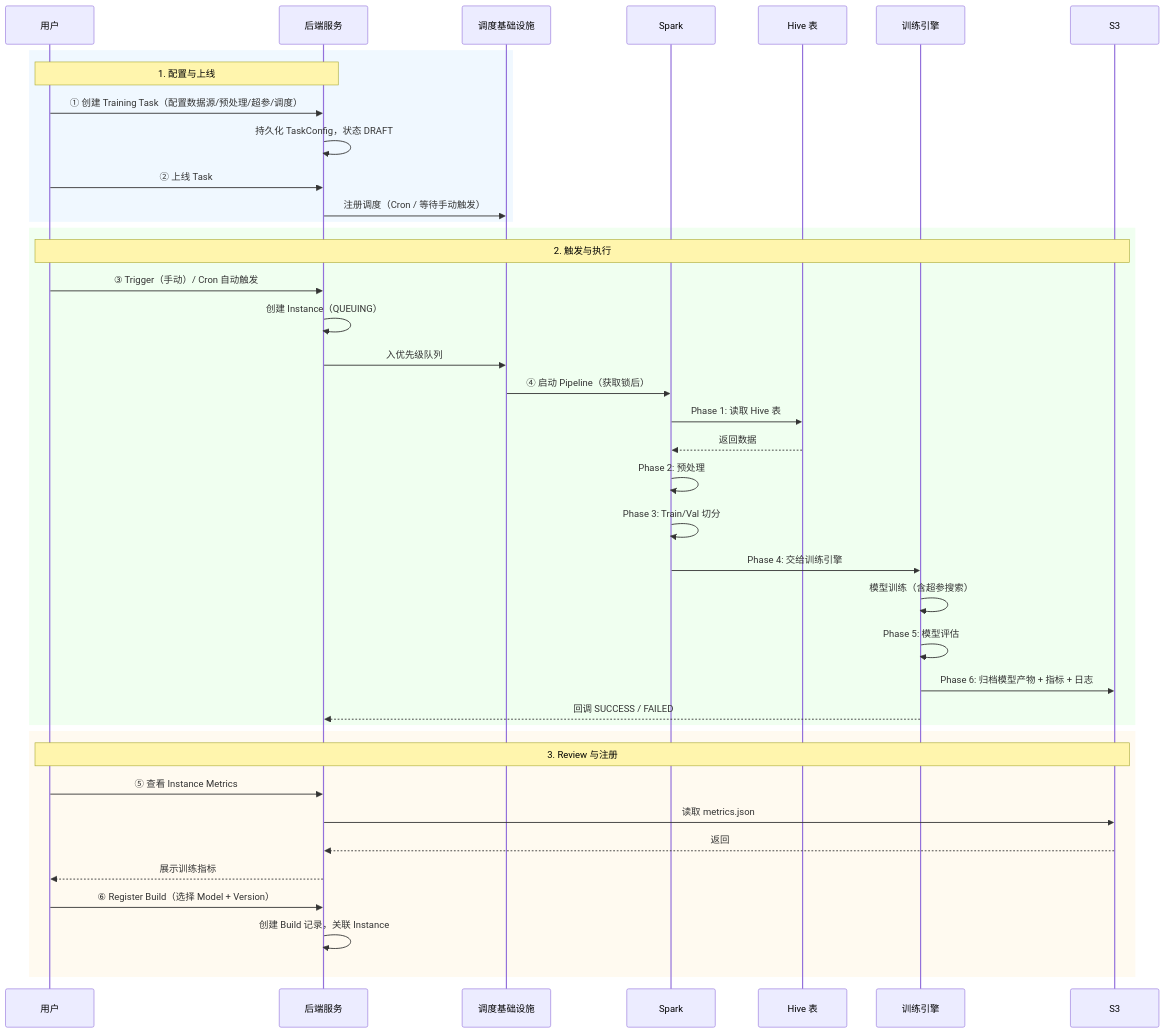
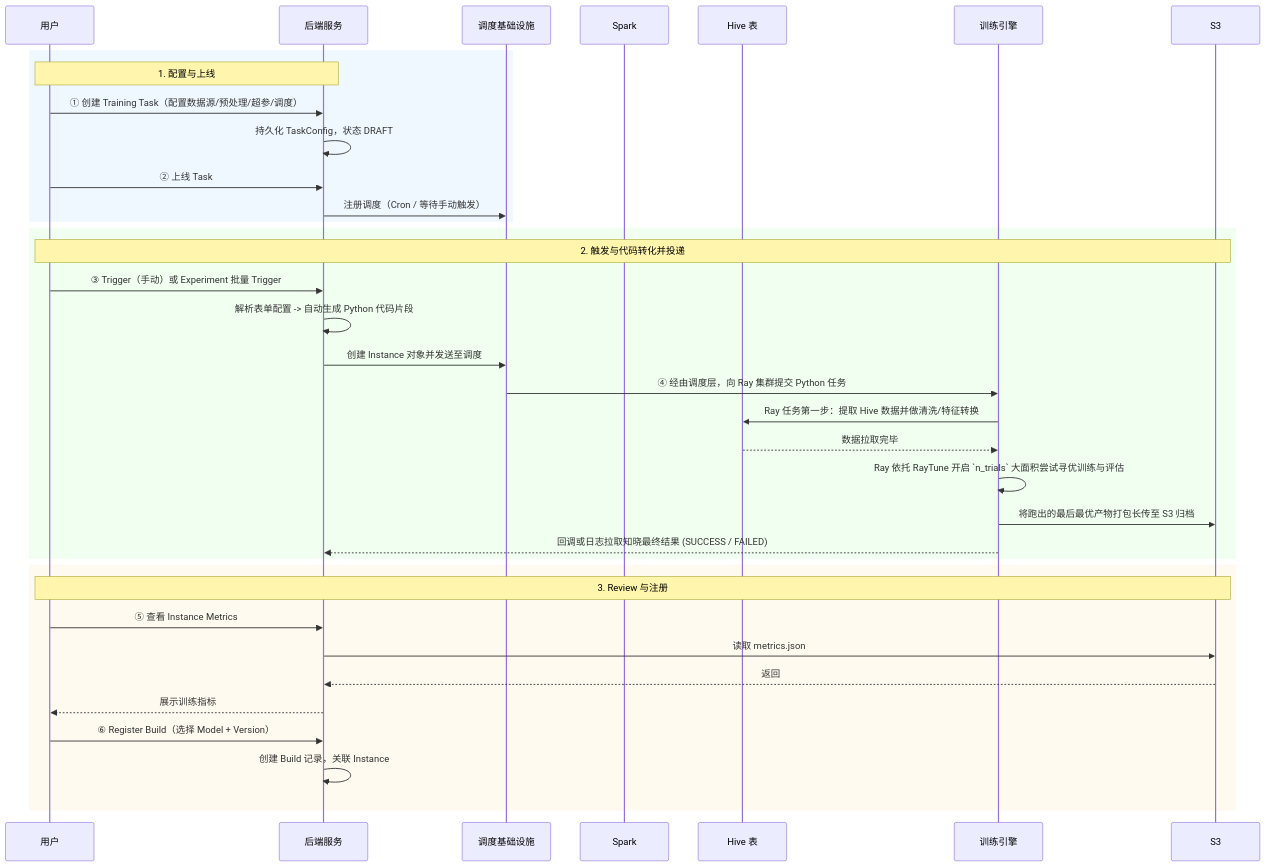
One commit to Cedric-Chan/ModelExperiment changed the sixth of 7 diagrams in docs/architecture/系统架构说明.md. Above: the diagram before and after it, drawn with Mermaid. The commit also changed other lines of this file and 7 other files, not shown here.

````diff
--- a/docs/architecture/系统架构说明.md
+++ b/docs/architecture/系统架构说明.md
@@ -432,45 +457,41 @@
 ```mermaid
 sequenceDiagram
     participant User as 用户
     participant BE as 后端服务
     participant Sched as 调度基础设施
     participant Spark as Spark
     participant Hive as Hive 表
     participant Engine as 训练引擎
     participant S3 as S3
 
     rect rgb(240, 248, 255)
         Note over User,BE: 1. 配置与上线
         User->>BE: ① 创建 Training Task（配置数据源/预处理/超参/调度）
         BE->>BE: 持久化 TaskConfig，状态 DRAFT
         User->>BE: ② 上线 Task
         BE->>Sched: 注册调度（Cron / 等待手动触发）
     end
 
     rect rgb(240, 255, 240)
-        Note over User,S3: 2. 触发与执行
-        User->>BE: ③ Trigger（手动）/ Cron 自动触发
-        BE->>BE: 创建 Instance（QUEUING）
-        BE->>Sched: 入优先级队列
-        Sched->>Spark: ④ 启动 Pipeline（获取锁后）
-        Spark->>Hive: Phase 1: 读取 Hive 表
-        Hive-->>Spark: 返回数据
-        Spark->>Spark: Phase 2: 预处理
-        Spark->>Spark: Phase 3: Train/Val 切分
-        Spark->>Engine: Phase 4: 交给训练引擎
-        Engine->>Engine: 模型训练（含超参搜索）
-        Engine->>Engine: Phase 5: 模型评估
-        Engine->>S3: Phase 6: 归档模型产物 + 指标 + 日志
-        Engine-->>BE: 回调 SUCCESS / FAILED
+        Note over User,S3: 2. 触发与代码转化并投递
+        User->>BE: ③ Trigger（手动）或 Experiment 批量 Trigger
+        BE->>BE: 解析表单配置 -> 自动生成 Python 代码片段
+        BE->>Sched: 创建 Instance 对象并发送至调度
+        Sched->>Engine: ④ 经由调度层，向 Ray 集群提交 Python 任务
+        Engine->>Hive: Ray 任务第一步：提取 Hive 数据并做清洗/特征转换
+        Hive-->>Engine: 数据拉取完毕
+        Engine->>Engine: Ray 依托 RayTune 开启 `n_trials` 大面积尝试寻优训练与评估
+        Engine->>S3: 将跑出的最后最优产物打包长传至 S3 归档
+        Engine-->>BE: 回调或日志拉取知晓最终结果 (SUCCESS / FAILED)
     end
 
     rect rgb(255, 250, 240)
         Note over User,S3: 3. Review 与注册
         User->>BE: ⑤ 查看 Instance Metrics
         BE->>S3: 读取 metrics.json
         S3-->>BE: 返回
         BE-->>User: 展示训练指标
         User->>BE: ⑥ Register Build（选择 Model + Version）
         BE->>BE: 创建 Build 记录，关联 Instance
     end
 ```
````
